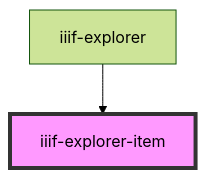
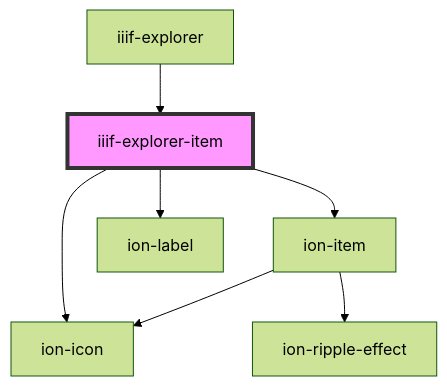
One commit to UniversalViewer/iiif-explorer changed the diagram in src/components/iiif-explorer-item/readme.md. Above: the diagram before and after it, drawn with Mermaid (forest theme). The commit also changed other lines of this file and 8 other files, not shown here.

````diff
--- a/src/components/iiif-explorer-item/readme.md
+++ b/src/components/iiif-explorer-item/readme.md
@@ -30,5 +38,10 @@
 ```mermaid
 graph TD;
+  iiif-explorer-item --> ion-item
+  iiif-explorer-item --> ion-icon
+  iiif-explorer-item --> ion-label
+  ion-item --> ion-icon
+  ion-item --> ion-ripple-effect
   iiif-explorer --> iiif-explorer-item
   style iiif-explorer-item fill:#f9f,stroke:#333,stroke-width:4px
 ```
````
